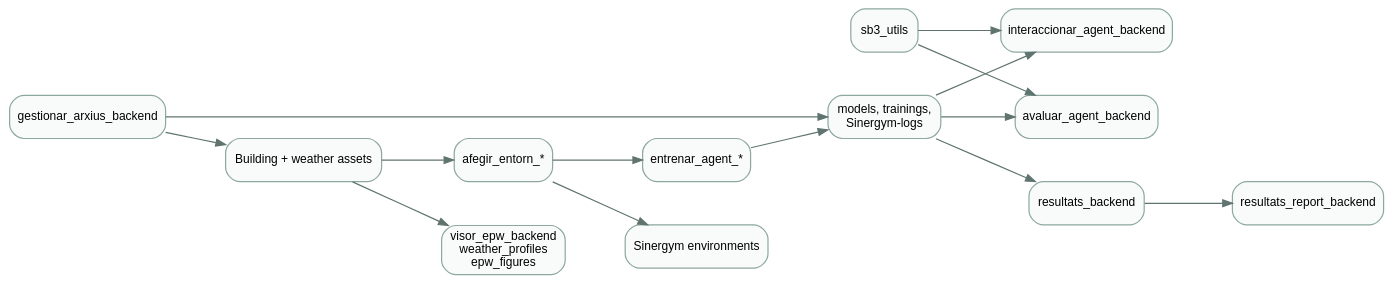
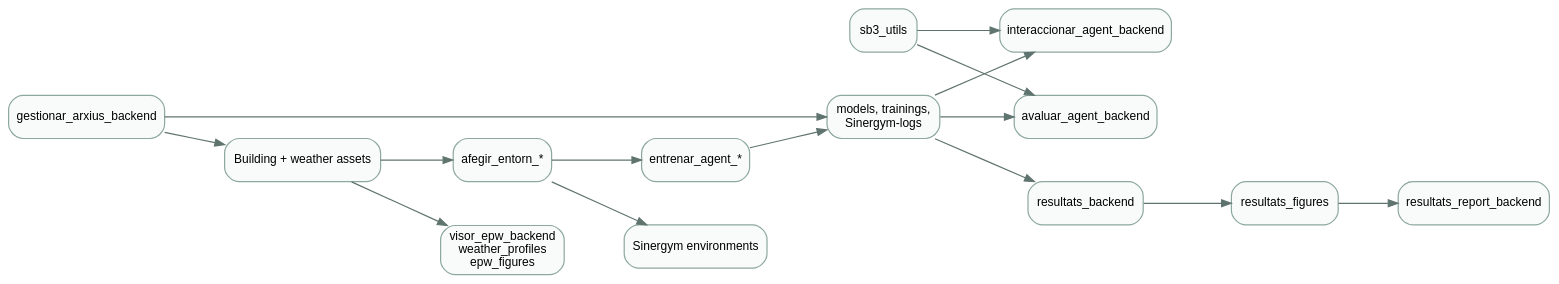
Before and after one commit to GuillemTorm/PFG-RL-Aplicat-BEMS: the diagram in docs/source/pages/bems-rl-studio/api_backend.rst, drawn with Graphviz. The commit also changed other lines of this file and 10 other files, not shown here.

Commit message:
Refactor figures de resultats

```diff
--- a/docs/source/pages/bems-rl-studio/api_backend.rst
+++ b/docs/source/pages/bems-rl-studio/api_backend.rst
@@ -13,32 +13,33 @@
 .. graphviz::
    :caption: Main backend module groups and the workflows they support.
 
    digraph backend_module_map {
      graph [rankdir=LR, bgcolor="transparent", pad="0.25", nodesep="0.5", ranksep="0.7"];
      node [shape=box, style="rounded,filled", fontname="Arial", fontsize=10, color="#8da7a1", fillcolor="#f8fbfa"];
      edge [fontname="Arial", fontsize=9, color="#60746f", arrowsize=0.8];
 
      assets [label="Building + weather assets"];
      environment [label="afegir_entorn_*"];
      training [label="entrenar_agent_*"];
      sb3 [label="sb3_utils"];
      evaluation [label="avaluar_agent_backend"];
      live [label="interaccionar_agent_backend"];
      results [label="resultats_backend"];
+     figures [label="resultats_figures"];
      reports [label="resultats_report_backend"];
      files [label="gestionar_arxius_backend"];
      epw [label="visor_epw_backend\nweather_profiles\nepw_figures"];
      sinergym [label="Sinergym environments"];
      artefacts [label="models, trainings,\nSinergym-logs"];
 
      assets -> environment -> sinergym;
      assets -> epw;
      environment -> training -> artefacts;
      sb3 -> evaluation;
      sb3 -> live;
      artefacts -> evaluation;
      artefacts -> live;
-     artefacts -> results -> reports;
+     artefacts -> results -> figures -> reports;
      files -> assets;
      files -> artefacts;
    }
```
